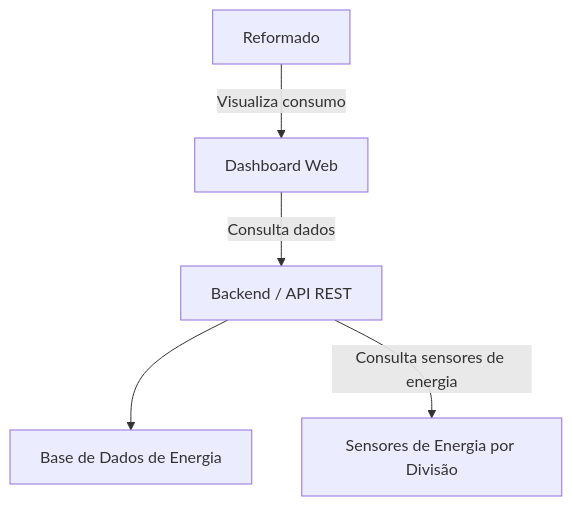
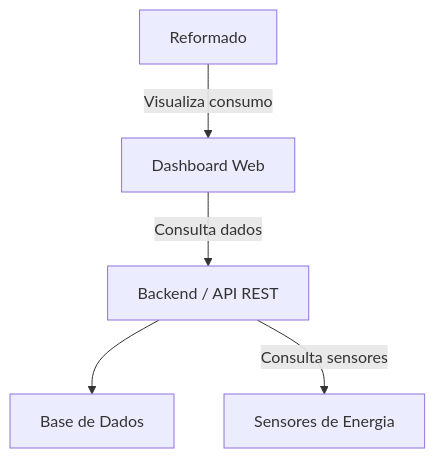
The second of 5 diagrams in prototypes/diagramas.md (detiuaveiro/ies2526-group-project-ies2526_g303), drawn with Mermaid before and after one commit. The commit also changed other lines of this file and 1 other file, not shown here.

Commit message:
Colocar user stories em diagramas.md

````diff
--- a/prototypes/diagramas.md
+++ b/prototypes/diagramas.md
@@ -26,7 +41,7 @@
 ```mermaid
 graph TD
     UserR["Reformado"] -->|Visualiza consumo| FrontendR["Dashboard Web"]
     FrontendR -->|Consulta dados| BackendR["Backend / API REST"]
-    BackendR --> DBR["Base de Dados de Energia"]
-    BackendR -->|Consulta sensores de energia| SensorsR["Sensores de Energia por Divisão"]
+    BackendR --> DBR["Base de Dados"]
+    BackendR -->|Consulta sensores| SensorsR["Sensores de Energia"]
 ```
````
